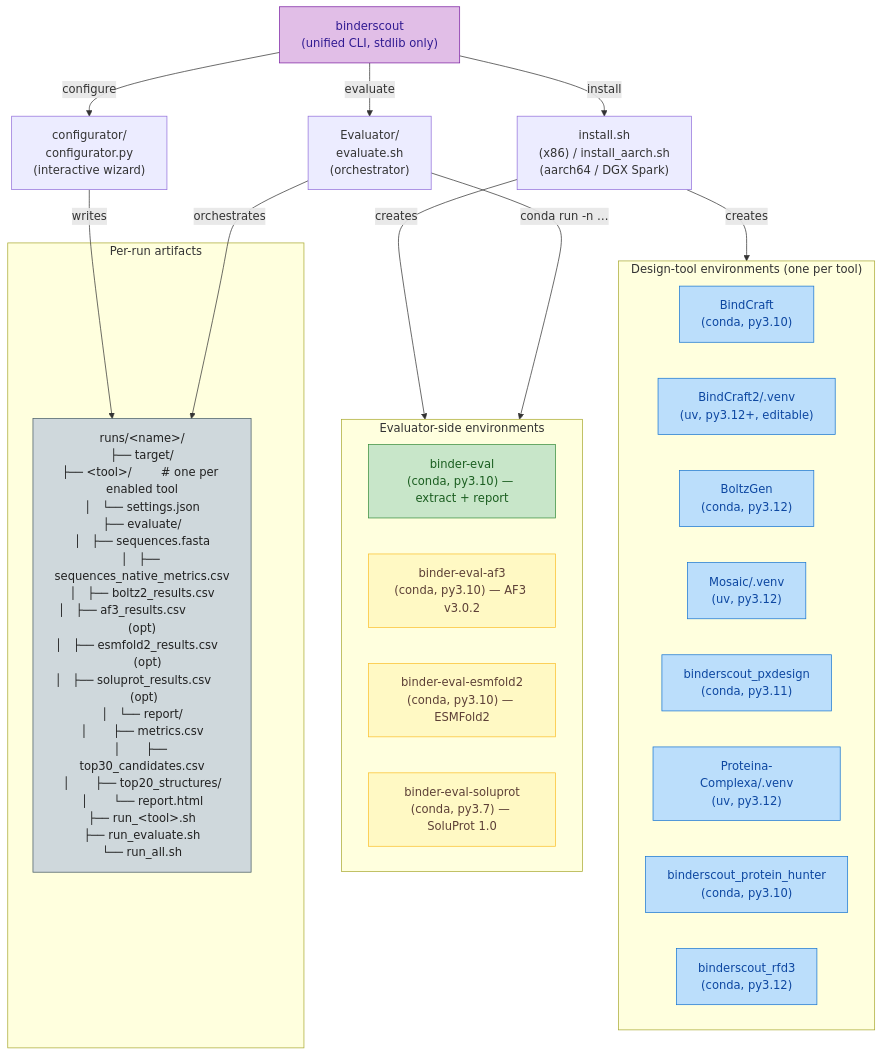
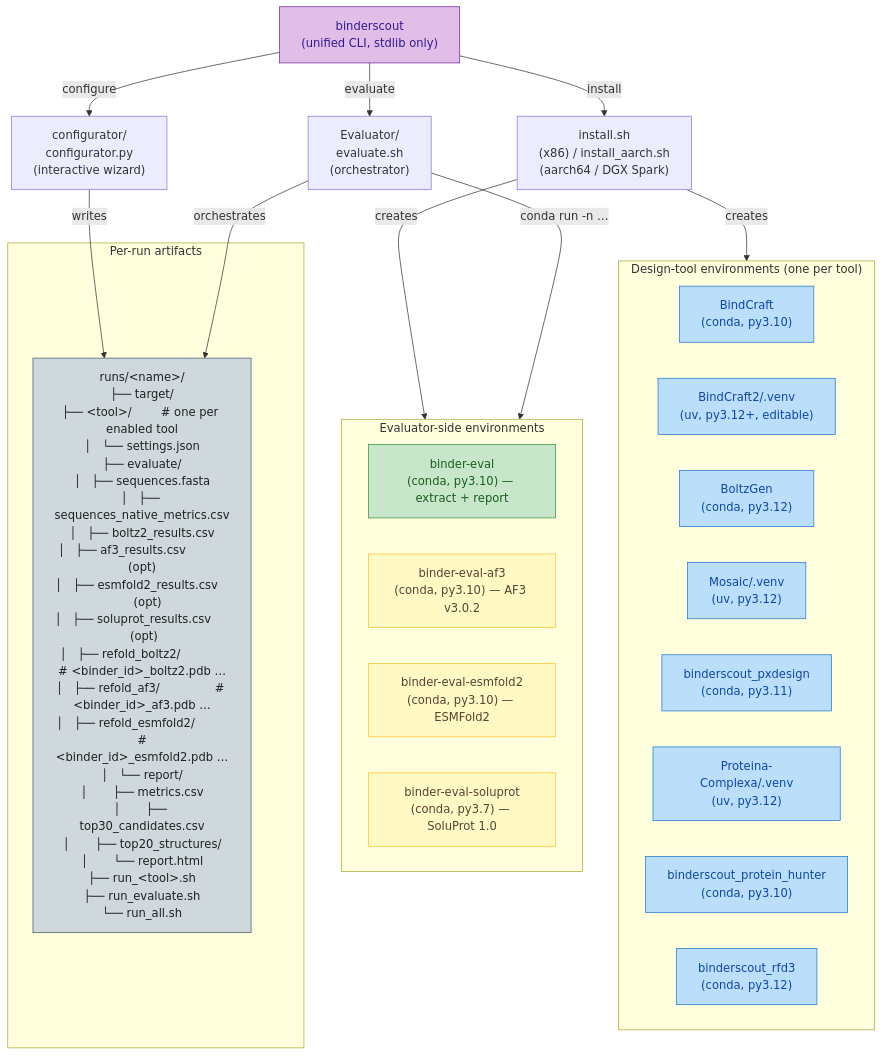
One commit to damborik22/BinderScout changed the second of 2 diagrams in README.md. Above: the diagram before and after it, drawn with Mermaid. The commit also changed other lines of this file and 2 other files, not shown here.

````diff
--- a/README.md
+++ b/README.md
@@ -136,42 +135,42 @@
 ```mermaid
 flowchart TB
     classDef gen fill:#bbdefb,stroke:#1976d2,color:#0d47a1
     classDef eng fill:#c8e6c9,stroke:#388e3c,color:#1b5e20
     classDef opt fill:#fff9c4,stroke:#fbc02d,color:#5d4037
     classDef cli fill:#e1bee7,stroke:#7b1fa2,color:#311b92
     classDef arti fill:#cfd8dc,stroke:#455a64,color:#212121
 
     CLI["binderscout\n(unified CLI, stdlib only)"]:::cli
 
     CLI -->|install| InstallSh["install.sh\n(x86) / install_aarch.sh\n(aarch64 / DGX Spark)"]
     CLI -->|configure| Configurator["configurator/\nconfigurator.py\n(interactive wizard)"]
     CLI -->|evaluate| EvaluateSh["Evaluator/\nevaluate.sh\n(orchestrator)"]
 
     subgraph GenEnvs["Design-tool environments (one per tool)"]
         EnvBC["BindCraft<br/>(conda, py3.10)"]:::gen
         EnvBC2["BindCraft2/.venv<br/>(uv, py3.12+, editable)"]:::gen
         EnvBG["BoltzGen<br/>(conda, py3.12)"]:::gen
         EnvMo["Mosaic/.venv<br/>(uv, py3.12)"]:::gen
         EnvPX["binderscout_pxdesign<br/>(conda, py3.11)"]:::gen
         EnvPC["Proteina-Complexa/.venv<br/>(uv, py3.12)"]:::gen
         EnvPH["binderscout_protein_hunter<br/>(conda, py3.10)"]:::gen
         EnvRF["binderscout_rfd3<br/>(conda, py3.12)"]:::gen
     end
 
     subgraph EvalEnvs["Evaluator-side environments"]
         EnvEv["binder-eval<br/>(conda, py3.10) — extract + report"]:::eng
         EnvAF3["binder-eval-af3<br/>(conda, py3.10) — AF3 v3.0.2"]:::opt
         EnvESM["binder-eval-esmfold2<br/>(conda, py3.10) — ESMFold2"]:::opt
         EnvSP["binder-eval-soluprot<br/>(conda, py3.7) — SoluProt 1.0"]:::opt
     end
 
     subgraph Artifacts["Per-run artifacts"]
-        Runs["runs/&lt;name&gt;/\n├── target/\n├── &lt;tool&gt;/        # one per enabled tool\n│   └── settings.json\n├── evaluate/\n│   ├── sequences.fasta\n│   ├── sequences_native_metrics.csv\n│   ├── boltz2_results.csv\n│   ├── af3_results.csv           (opt)\n│   ├── esmfold2_results.csv      (opt)\n│   ├── soluprot_results.csv      (opt)\n│   └── report/\n│       ├── metrics.csv\n│       ├── top30_candidates.csv\n│       ├── top20_structures/\n│       └── report.html\n├── run_&lt;tool&gt;.sh\n├── run_evaluate.sh\n└── run_all.sh"]:::arti
+        Runs["runs/&lt;name&gt;/\n├── target/\n├── &lt;tool&gt;/        # one per enabled tool\n│   └── settings.json\n├── evaluate/\n│   ├── sequences.fasta\n│   ├── sequences_native_metrics.csv\n│   ├── boltz2_results.csv\n│   ├── af3_results.csv           (opt)\n│   ├── esmfold2_results.csv      (opt)\n│   ├── soluprot_results.csv      (opt)\n│   ├── refold_boltz2/            # &lt;binder_id&gt;_boltz2.pdb …\n│   ├── refold_af3/               # &lt;binder_id&gt;_af3.pdb …\n│   ├── refold_esmfold2/          # &lt;binder_id&gt;_esmfold2.pdb …\n│   └── report/\n│       ├── metrics.csv\n│       ├── top30_candidates.csv\n│       ├── top20_structures/\n│       └── report.html\n├── run_&lt;tool&gt;.sh\n├── run_evaluate.sh\n└── run_all.sh"]:::arti
     end
 
     InstallSh -->|creates| GenEnvs
     InstallSh -->|creates| EvalEnvs
     Configurator -->|writes| Runs
     EvaluateSh -->|orchestrates| Runs
     EvaluateSh -->|conda run -n …| EvalEnvs
 ```
````
